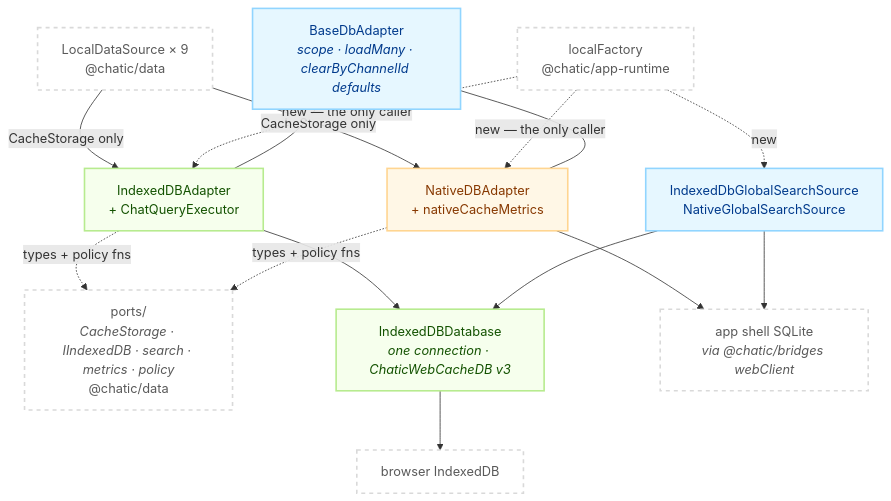
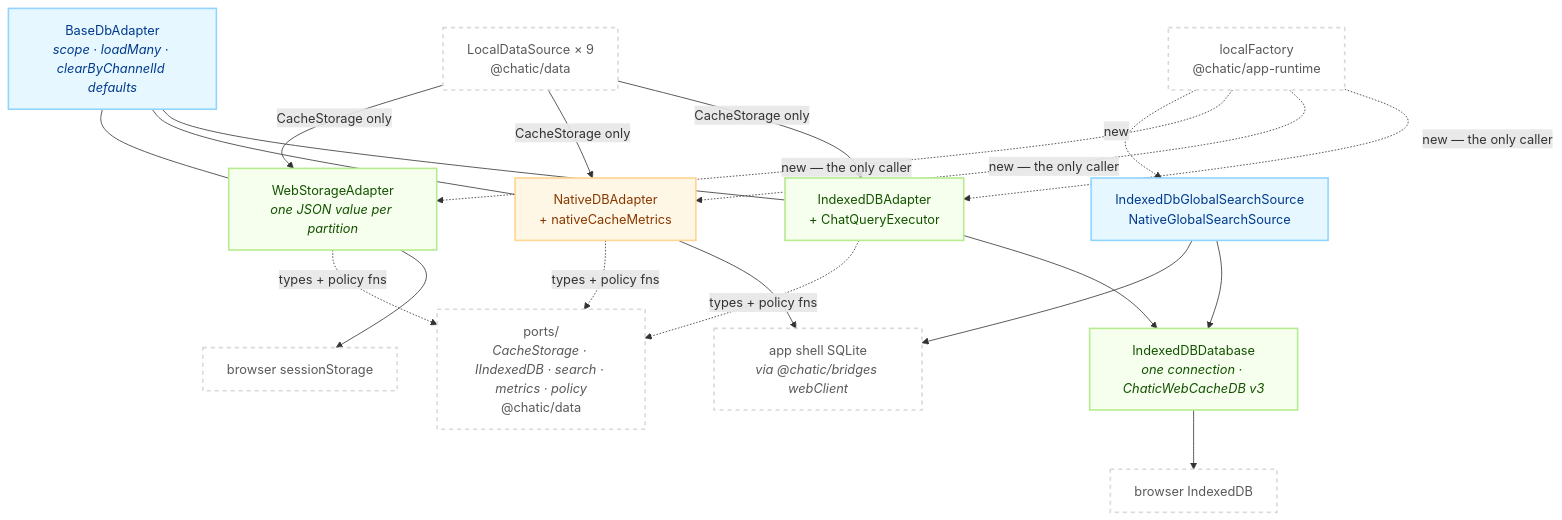
The first of 2 diagrams in libs/db/README.md (lemoncloud-io/dou-app), drawn with Mermaid before and after one commit. The commit also changed other lines of this file and 19 other files, not shown here.

First line of the commit message:
fix(app-runtime,db,web): keep a browser tab's invited clouds in session storage (ADR-0275)

````diff
--- a/libs/db/README.md
+++ b/libs/db/README.md
@@ -79,35 +82,42 @@
 ```mermaid
 flowchart TD
     classDef eng fill:#e6f7ff,stroke:#91d5ff,stroke-width:2px,color:#003a8c;
     classDef web fill:#f6ffed,stroke:#b7eb8f,stroke-width:2px,color:#135200;
     classDef nat fill:#fff7e6,stroke:#ffd591,stroke-width:2px,color:#873800;
     classDef ext fill:#ffffff,stroke:#d9d9d9,stroke-width:2px,color:#595959,stroke-dasharray: 5 5;
 
     DS["LocalDataSource × 9<br/>@chatic/data"]:::ext
     LF["localFactory<br/>@chatic/app-runtime"]:::ext
     Ports["ports/<br/><i>CacheStorage · IIndexedDB · search · metrics · policy</i><br/>@chatic/data"]:::ext
 
     Base["BaseDbAdapter<br/><i>scope · loadMany · clearByChannelId defaults</i>"]:::eng
     IDB["IndexedDBAdapter<br/>+ ChatQueryExecutor"]:::web
     NDB["NativeDBAdapter<br/>+ nativeCacheMetrics"]:::nat
+    WSA["WebStorageAdapter<br/><i>one JSON value per partition</i>"]:::web
     Conn["IndexedDBDatabase<br/><i>one connection · ChaticWebCacheDB v3</i>"]:::web
     Search["IndexedDbGlobalSearchSource<br/>NativeGlobalSearchSource"]:::eng
 
     Browser["browser IndexedDB"]:::ext
     Shell["app shell SQLite<br/><i>via @chatic/bridges webClient</i>"]:::ext
+    Session["browser sessionStorage"]:::ext
 
     DS -->|"CacheStorage only"| IDB
     DS -->|"CacheStorage only"| NDB
+    DS -->|"CacheStorage only"| WSA
     LF -.->|"new — the only caller"| IDB
     LF -.->|"new — the only caller"| NDB
+    LF -.->|"new — the only caller"| WSA
     LF -.->|"new"| Search
     Base --- IDB
     Base --- NDB
+    Base --- WSA
+    WSA --> Session
     IDB --> Conn
     Conn --> Browser
     NDB --> Shell
     Search --> Conn
     Search --> Shell
     IDB -.->|"types + policy fns"| Ports
     NDB -.->|"types + policy fns"| Ports
+    WSA -.->|"types + policy fns"| Ports
 ```
````
